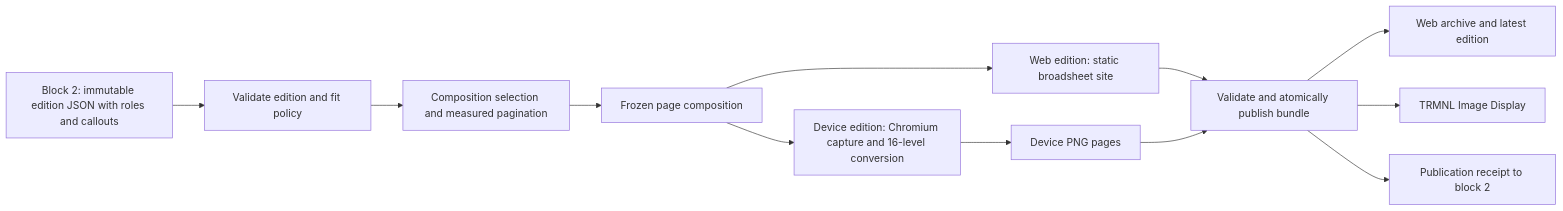
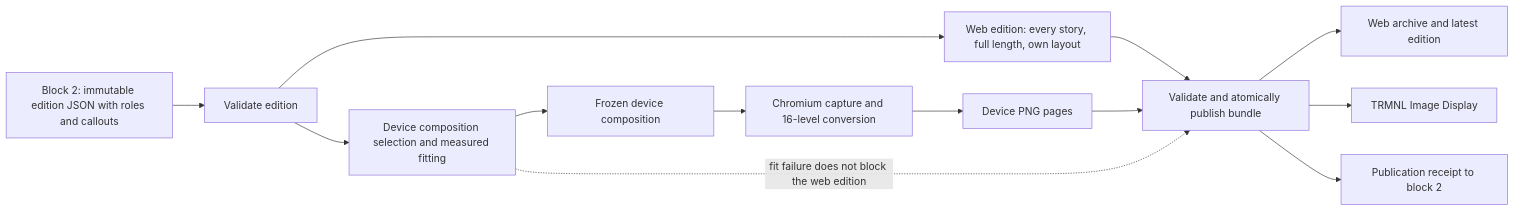
One commit to vyakimov/copenhagen-daily changed the diagram in plans/news-publishing-architecture-plan.md. Above: the diagram before and after it, drawn with Mermaid. The commit also changed other lines of this file and 2 other files, not shown here.

Commit message:
Define shared editorial pipeline and web-first publishing plan

````diff
--- a/plans/news-publishing-architecture-plan.md
+++ b/plans/news-publishing-architecture-plan.md
@@ -15,14 +17,15 @@
 ```mermaid
 flowchart LR
-    A[Block 2: immutable edition JSON with roles and callouts] --> B[Validate edition and fit policy]
-    B --> C[Composition selection and measured pagination]
-    C --> D[Frozen page composition]
-    D --> E[Web edition: static broadsheet site]
-    D --> F[Device edition: Chromium capture and 16-level conversion]
+    A[Block 2: immutable edition JSON with roles and callouts] --> B[Validate edition]
+    B --> E[Web edition: every story, full length, own layout]
+    B --> C[Device composition selection and measured fitting]
+    C --> D[Frozen device composition]
+    D --> F[Chromium capture and 16-level conversion]
     F --> G[Device PNG pages]
+    C -.->|fit failure does not block the web edition| H
     E --> H[Validate and atomically publish bundle]
     G --> H
     H --> I[Web archive and latest edition]
     H --> J[TRMNL Image Display]
     H --> K[Publication receipt to block 2]
 ```
````
